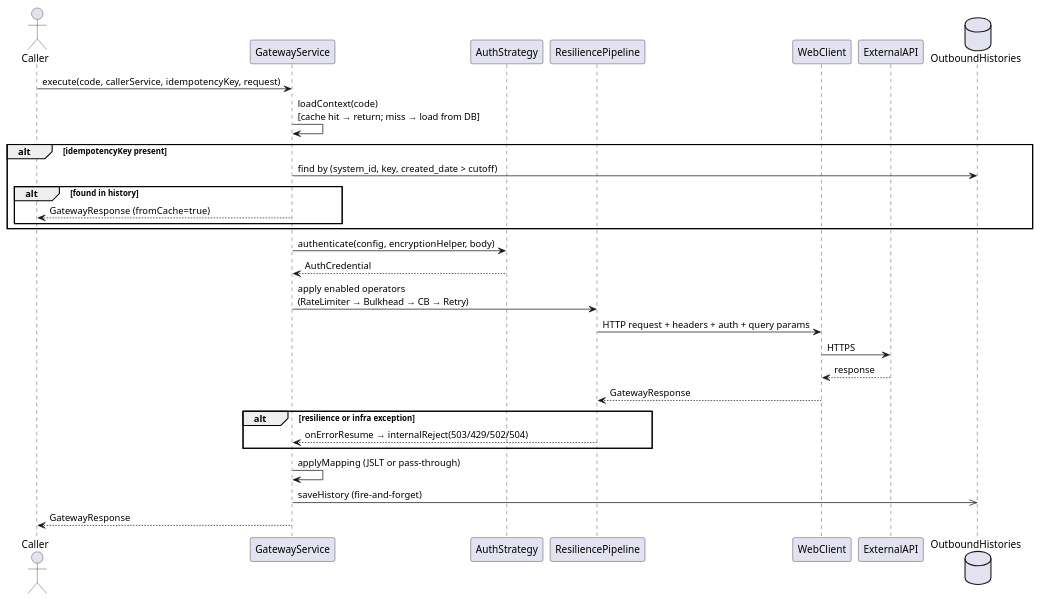
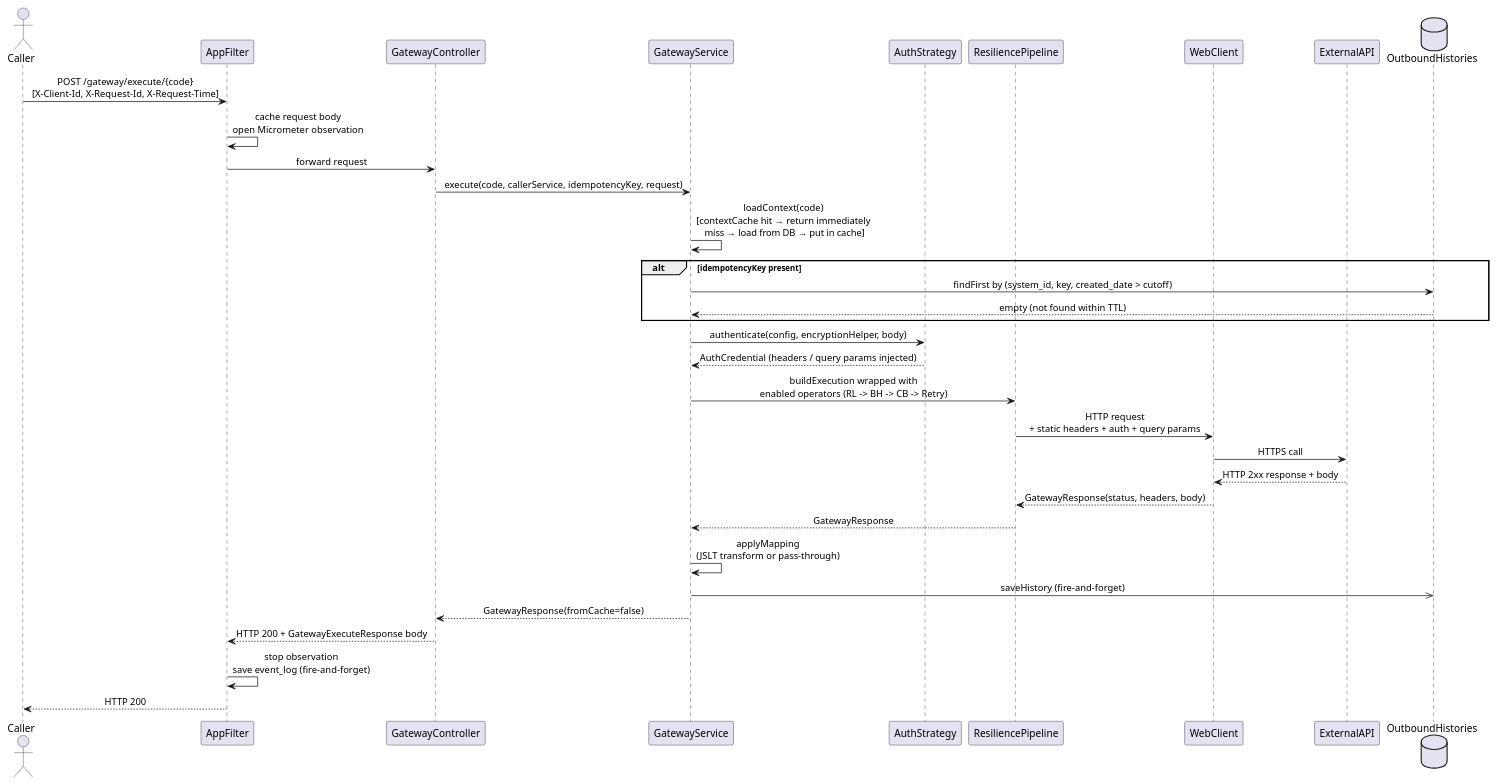
Before and after one commit to nantaaditya/outbound-gateway: the second of 5 diagrams in README.md, drawn with PlantUML. The commit also changed other lines of this file, not shown here.

First line of the commit message:
docs: update README diagrams (Phase 22-A)

````diff
--- a/README.md
+++ b/README.md
@@ -94,38 +137,45 @@
 ```plantuml
 @startuml
+skinparam sequenceMessageAlign center
+
 actor Caller
+participant AppFilter
+participant GatewayController
 participant GatewayService
 participant AuthStrategy
 participant ResiliencePipeline
 participant WebClient
 participant ExternalAPI
 database OutboundHistories
 
-Caller -> GatewayService : execute(code, callerService, idempotencyKey, request)
-GatewayService -> GatewayService : loadContext(code)\n[cache hit → return; miss → load from DB]
+Caller -> AppFilter : POST /gateway/execute/{code}\n[X-Client-Id, X-Request-Id, X-Request-Time]
+AppFilter -> AppFilter : cache request body\nopen Micrometer observation
+AppFilter -> GatewayController : forward request
+
+GatewayController -> GatewayService : execute(code, callerService, idempotencyKey, request)
+GatewayService -> GatewayService : loadContext(code)\n[contextCache hit → return immediately\n miss → load from DB → put in cache]
 
 alt idempotencyKey present
-  GatewayService -> OutboundHistories : find by (system_id, key, created_date > cutoff)
-  alt found in history
-    GatewayService --> Caller : GatewayResponse (fromCache=true)
-  end
+  GatewayService -> OutboundHistories : findFirst by (system_id, key, created_date > cutoff)
+  OutboundHistories --> GatewayService : empty (not found within TTL)
 end
 
 GatewayService -> AuthStrategy : authenticate(config, encryptionHelper, body)
-AuthStrategy --> GatewayService : AuthCredential
+AuthStrategy --> GatewayService : AuthCredential (headers / query params injected)
 
-GatewayService -> ResiliencePipeline : apply enabled operators\n(RateLimiter → Bulkhead → CB → Retry)
-ResiliencePipeline -> WebClient : HTTP request + headers + auth + query params
-WebClient -> ExternalAPI : HTTPS
-ExternalAPI --> WebClient : response
-WebClient --> ResiliencePipeline : GatewayResponse
+GatewayService -> ResiliencePipeline : buildExecution wrapped with\nenabled operators (RL -> BH -> CB -> Retry)
+ResiliencePipeline -> WebClient : HTTP request\n+ static headers + auth + query params
+WebClient -> ExternalAPI : HTTPS call
+ExternalAPI --> WebClient : HTTP 2xx response + body
+WebClient --> ResiliencePipeline : GatewayResponse(status, headers, body)
+ResiliencePipeline --> GatewayService : GatewayResponse
 
-alt resilience or infra exception
-  ResiliencePipeline --> GatewayService : onErrorResume → internalReject(503/429/502/504)
-end
+GatewayService -> GatewayService : applyMapping\n(JSLT transform or pass-through)
+GatewayService ->> OutboundHistories : saveHistory (fire-and-forget)
+GatewayService --> GatewayController : GatewayResponse(fromCache=false)
 
-GatewayService -> GatewayService : applyMapping (JSLT or pass-through)
-GatewayService ->> OutboundHistories : saveHistory (fire-and-forget)
-GatewayService --> Caller : GatewayResponse
+GatewayController --> AppFilter : HTTP 200 + GatewayExecuteResponse body
+AppFilter -> AppFilter : stop observation\nsave event_log (fire-and-forget)
+AppFilter --> Caller : HTTP 200
 @enduml
 ```
````
